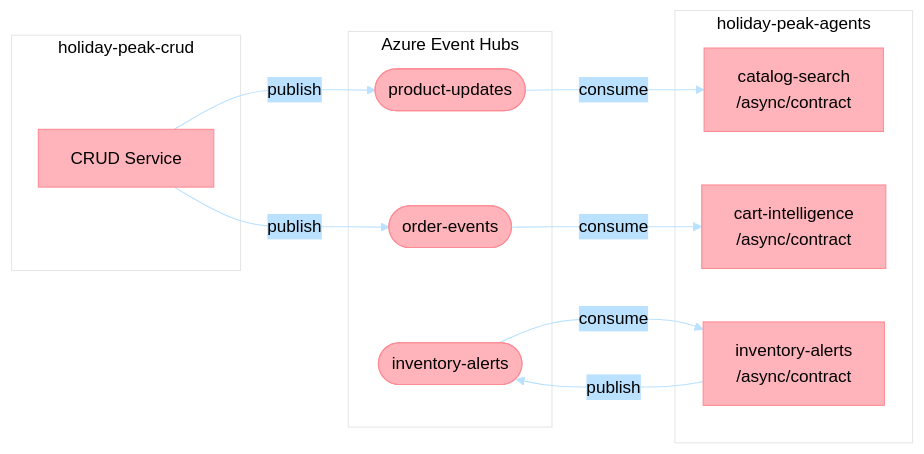
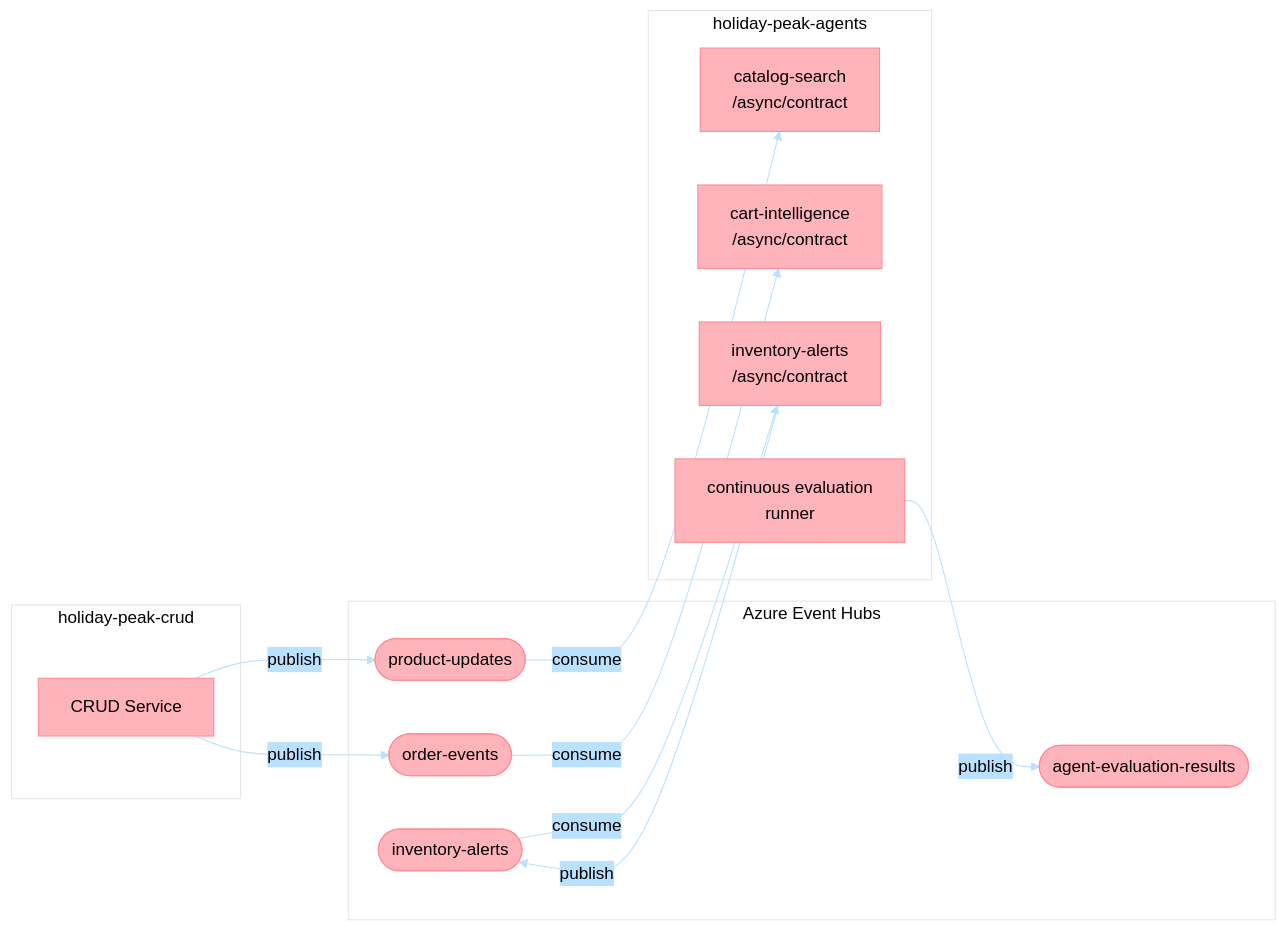
Before and after one commit to Azure-Samples/holiday-peak-hub: the third of 4 diagrams in docs/architecture/adrs/adr-024-agent-communication-policy.md, drawn with Mermaid. The commit also changed other lines of this file and 6 other files, not shown here.

Commit message:
docs(architecture): amend evaluation ADR cross-references (#1144)

````diff
--- a/docs/architecture/adrs/adr-024-agent-communication-policy.md
+++ b/docs/architecture/adrs/adr-024-agent-communication-policy.md
@@ -296,30 +296,33 @@
 ```mermaid
 %%{init: {'theme':'base', 'themeVariables': {
   'primaryColor':'#FFB3BA',
   'primaryTextColor':'#000',
   'primaryBorderColor':'#FF8B94',
   'lineColor':'#BAE1FF',
   'secondaryColor':'#BAE1FF',
   'tertiaryColor':'#FFFFFF'
 }}}%%
 flowchart LR
     subgraph CRUD_NS["holiday-peak-crud"]
         CRUD[CRUD Service]
     end
     subgraph EH["Azure Event Hubs"]
         T1([product-updates])
         T2([order-events])
         T3([inventory-alerts])
+        T4([agent-evaluation-results])
     end
     subgraph AGENTS_NS["holiday-peak-agents"]
         A1[catalog-search<br/>/async/contract]
         A2[cart-intelligence<br/>/async/contract]
         A3[inventory-alerts<br/>/async/contract]
+        A4[continuous evaluation<br/>runner]
     end
     CRUD -->|publish| T1
     CRUD -->|publish| T2
     T1 -->|consume| A1
     T2 -->|consume| A2
     T3 -->|consume| A3
     A3 -->|publish| T3
+    A4 -->|publish| T4
 ```
````
